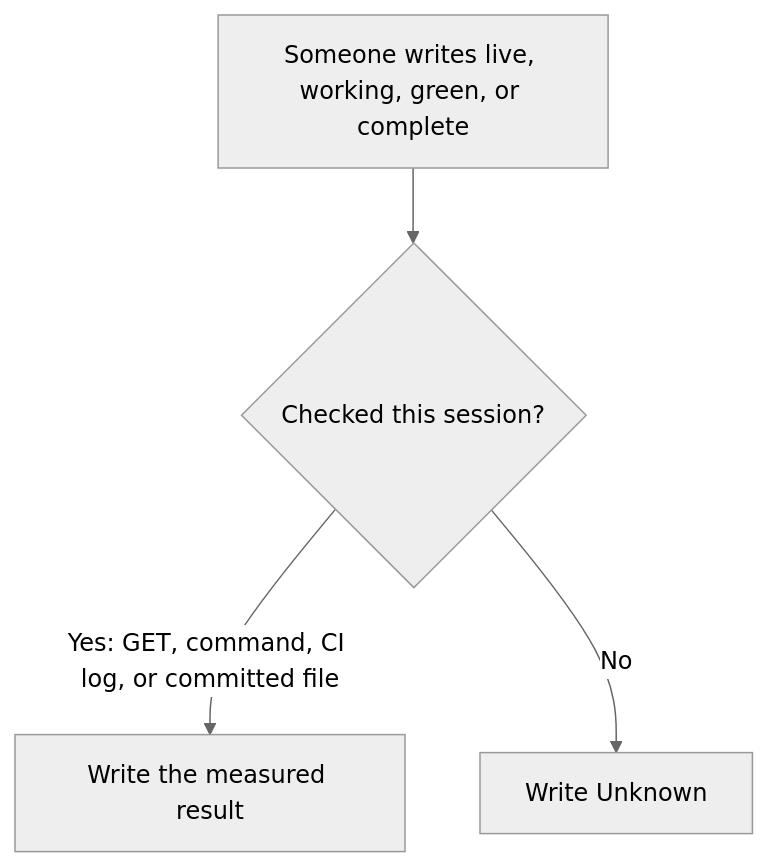
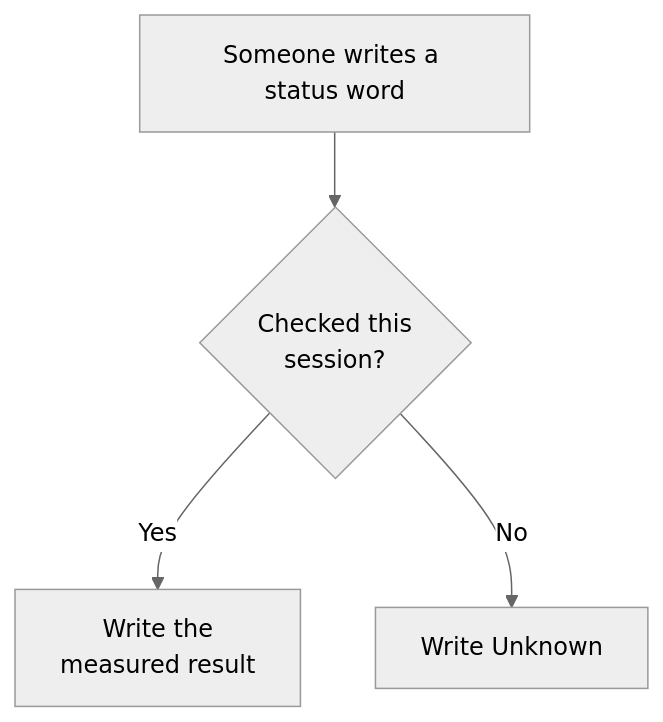
Before and after one commit to artofdream/aea-interactive-design: the diagram in knowledge/honesty.md, drawn with Mermaid (neutral theme). The commit also changed 6 other files, not shown here.

First line of the commit message:
Knowledge: mobile-friendly glossary status-word diagram (#114)

````diff
--- a/knowledge/honesty.md
+++ b/knowledge/honesty.md
@@ -7,6 +7,10 @@
-```mermaid
+```mermaid fit
 flowchart TD
-  Word["Someone writes live, working, green, or complete"] --> Q{"Checked this session?"}
-  Q -->|"Yes: GET, command, CI log, or committed file"| Result["Write the measured result"]
-  Q -->|No| Unknown["Write Unknown"]
+  Word["Someone writes a status word"]
+  Q{"Checked this<br/>session?"}
+  Result["Write the<br/>measured result"]
+  Unknown["Write Unknown"]
+  Word --> Q
+  Q -->|Yes| Result
+  Q -->|No| Unknown
 ```
````
